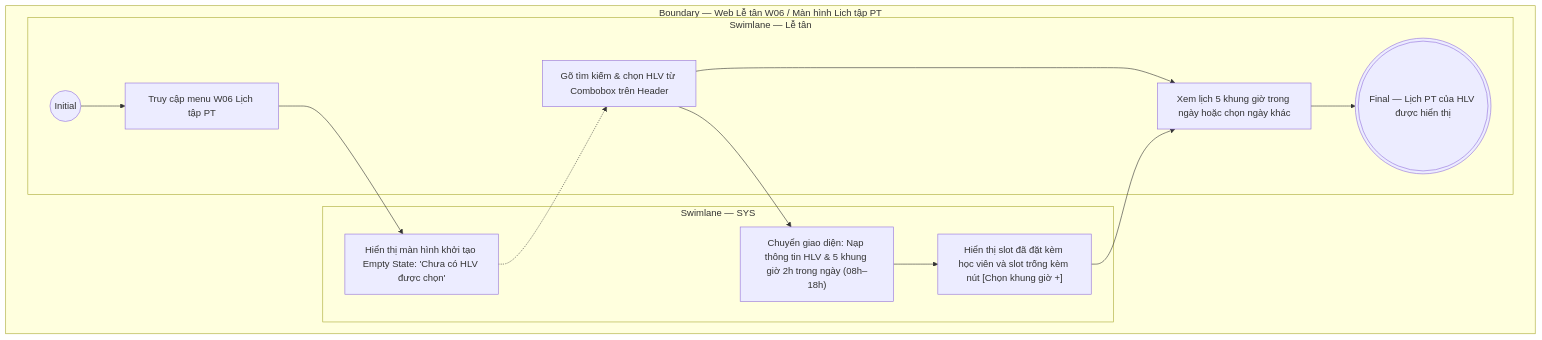
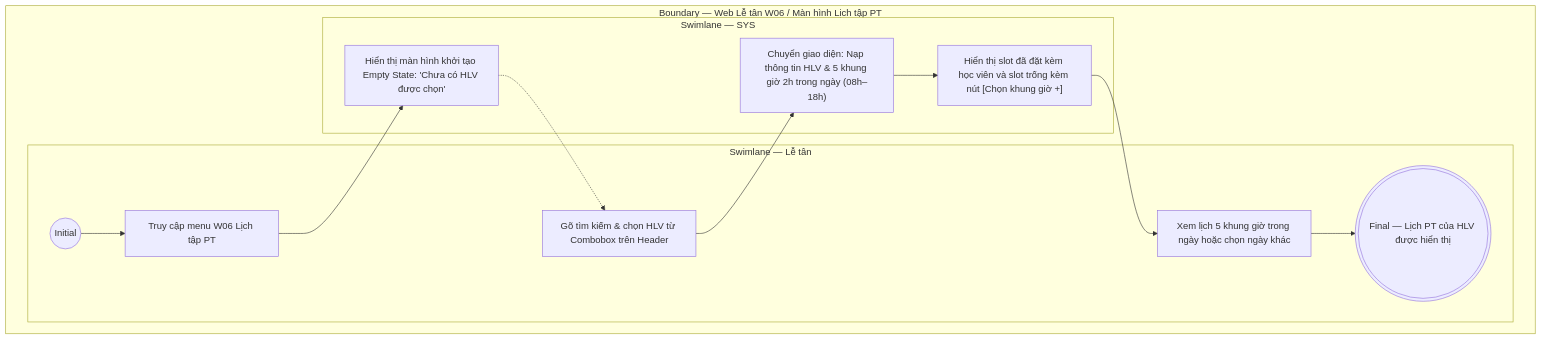
The diagram in docs/user-stories/le-tan/LT-W06-Lịch tập & buổi PT/LT-W06-US01-Xem lịch PT.md (ThachY-23120411/Paradise-Gym-v2), drawn with Mermaid before and after one commit. The commit also changed 5 other files, not shown here.

````diff
--- a/docs/user-stories/le-tan/LT-W06-Lịch tập & buổi PT/LT-W06-US01-Xem lịch PT.md
+++ b/docs/user-stories/le-tan/LT-W06-Lịch tập & buổi PT/LT-W06-US01-Xem lịch PT.md
@@ -57,22 +57,22 @@
 ```mermaid
 flowchart TB
   subgraph B["Boundary — Web Lễ tân W06 / Màn hình Lịch tập PT"]
     subgraph L0["Swimlane — Lễ tân"]
       I01(("Initial"))
       A01["Truy cập menu W06 Lịch tập PT"]
       A02["Gõ tìm kiếm & chọn HLV từ Combobox trên Header"]
       A03["Xem lịch 5 khung giờ trong ngày hoặc chọn ngày khác"]
       F01((("Final — Lịch PT của HLV được hiển thị")))
       I01 --> A01
-      A02 --> A03 --> F01
+      A03 --> F01
     end
     subgraph L1["Swimlane — SYS"]
       S01["Hiển thị màn hình khởi tạo Empty State: 'Chưa có HLV được chọn'"]
       S02["Chuyển giao diện: Nạp thông tin HLV & 5 khung giờ 2h trong ngày (08h–18h)"]
       S03["Hiển thị slot đã đặt kèm học viên và slot trống kèm nút [Chọn khung giờ +]"]
       A01 --> S01
       S01 -.-> A02
       A02 --> S02 --> S03 --> A03
     end
   end
 ```
````
